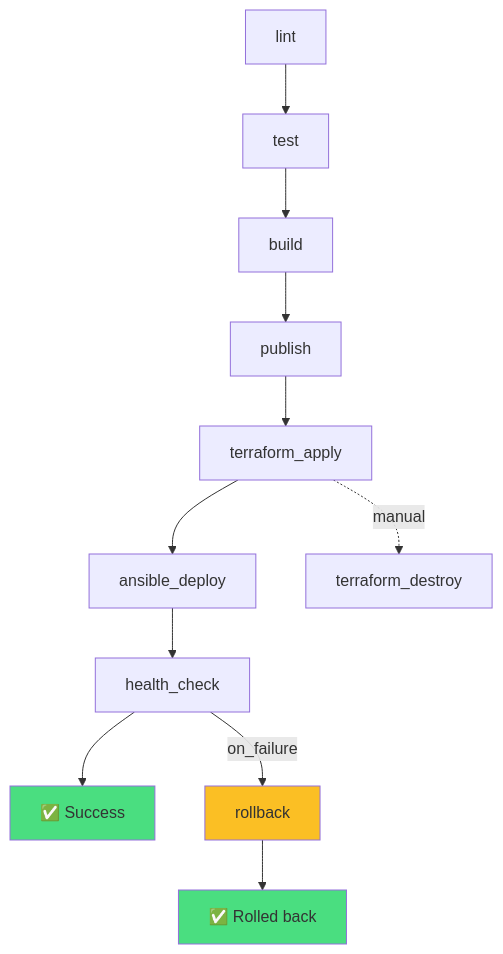
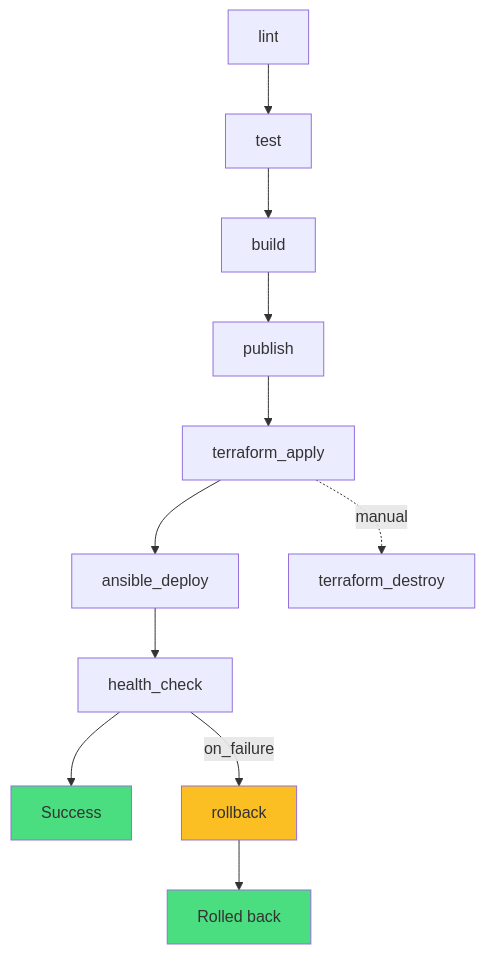
Before and after one commit to AlexeyKuzko/devops_diploma: the diagram in README.md, drawn with Mermaid. The commit also changed other lines of this file, not shown here.

````diff
--- a/README.md
+++ b/README.md
@@ -264,17 +44,17 @@
 ```mermaid
 flowchart TD
     A[lint] --> B[test]
     B --> C[build]
     C --> D[publish]
     D --> E[terraform_apply]
     E --> F[ansible_deploy]
     F --> G[health_check]
-    G --> H[✅ Success]
+    G --> H[Success]
     G -->|on_failure| I[rollback]
-    I --> J[✅ Rolled back]
+    I --> J[Rolled back]
     E -. manual .-> K[terraform_destroy]
 
     style H fill:#4ade80
     style J fill:#4ade80
     style I fill:#fbbf24
 ```
````
